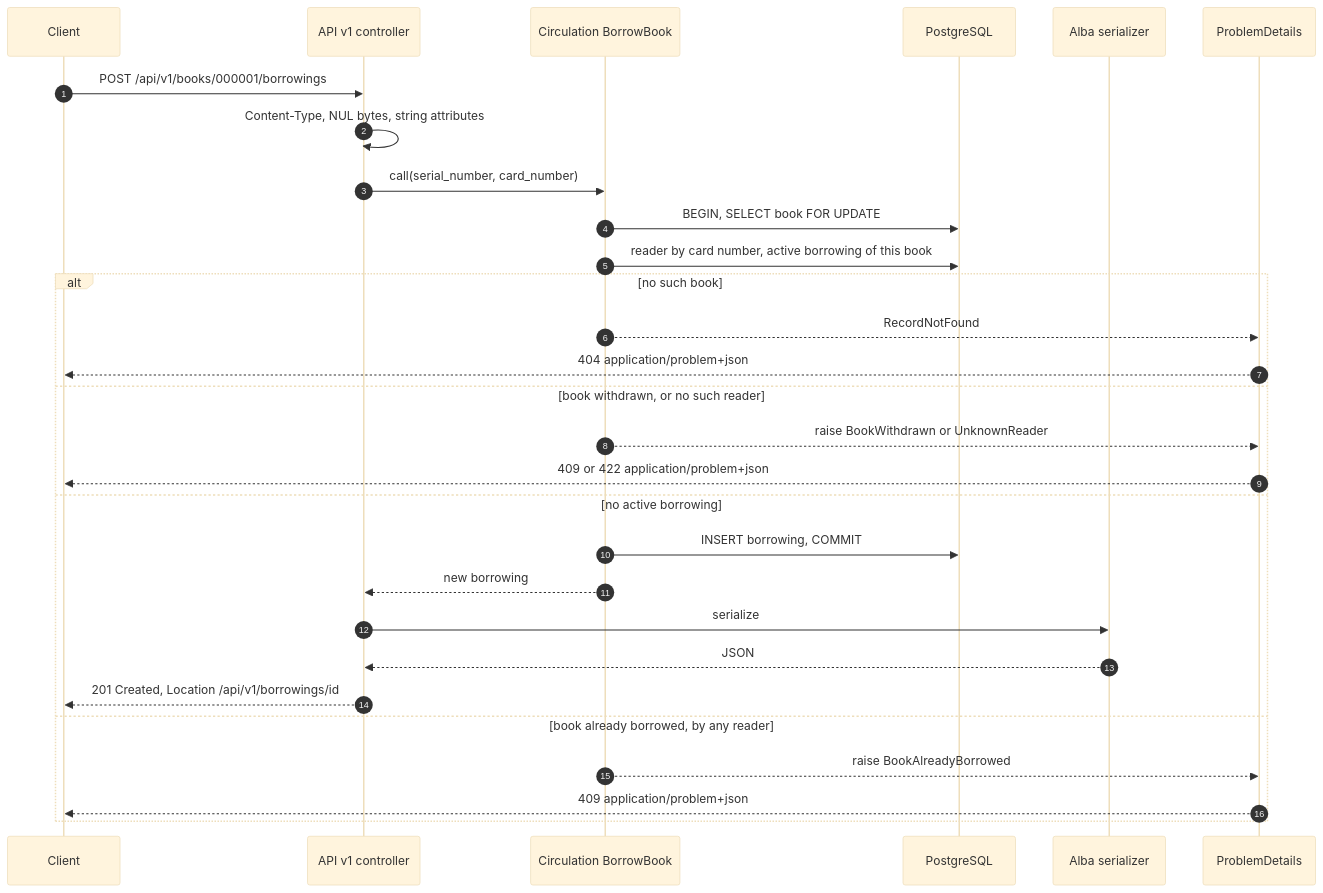
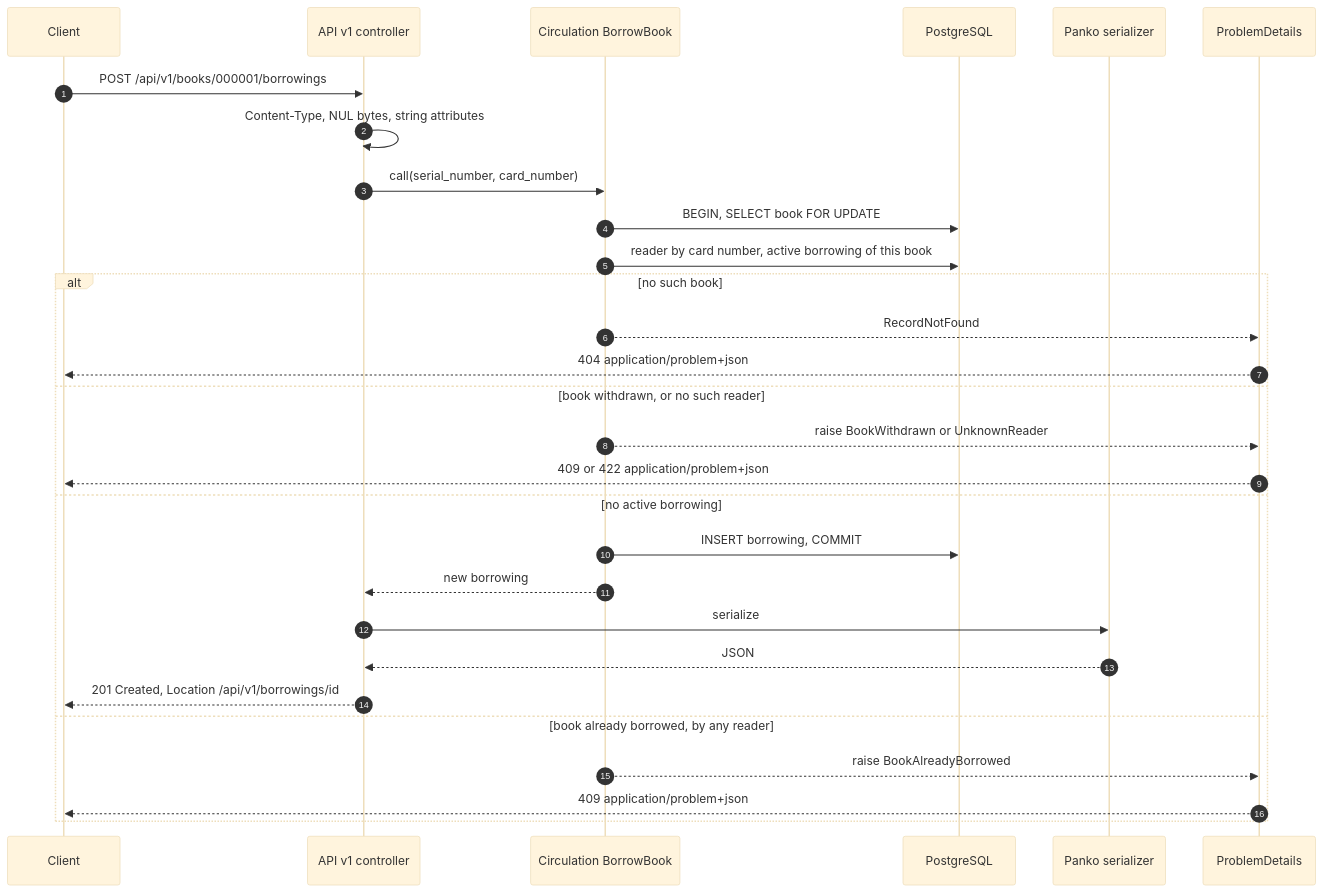
Before and after one commit to bbronek/bookcase-api: the second of 6 diagrams in docs/diagrams.md, drawn with Mermaid (base theme). The commit also changed 15 other files, not shown here.

Commit message:
refactor(api): replace Alba with Panko for direct JSON serialization

````diff
--- a/docs/diagrams.md
+++ b/docs/diagrams.md
@@ -39,32 +39,32 @@
 ```mermaid
 sequenceDiagram
     autonumber
     participant C as Client
     participant Ctl as API v1 controller
     participant Cmd as Circulation BorrowBook
     participant DB as PostgreSQL
-    participant S as Alba serializer
+    participant S as Panko serializer
     participant P as ProblemDetails
 
     C->>Ctl: POST /api/v1/books/000001/borrowings
     Ctl->>Ctl: Content-Type, NUL bytes, string attributes
     Ctl->>Cmd: call(serial_number, card_number)
     Cmd->>DB: BEGIN, SELECT book FOR UPDATE
     Cmd->>DB: reader by card number, active borrowing of this book
     alt no such book
         Cmd-->>P: RecordNotFound
         P-->>C: 404 application/problem+json
     else book withdrawn, or no such reader
         Cmd-->>P: raise BookWithdrawn or UnknownReader
         P-->>C: 409 or 422 application/problem+json
     else no active borrowing
         Cmd->>DB: INSERT borrowing, COMMIT
         Cmd-->>Ctl: new borrowing
         Ctl->>S: serialize
         S-->>Ctl: JSON
         Ctl-->>C: 201 Created, Location /api/v1/borrowings/id
     else book already borrowed, by any reader
         Cmd-->>P: raise BookAlreadyBorrowed
         P-->>C: 409 application/problem+json
     end
 ```
````
